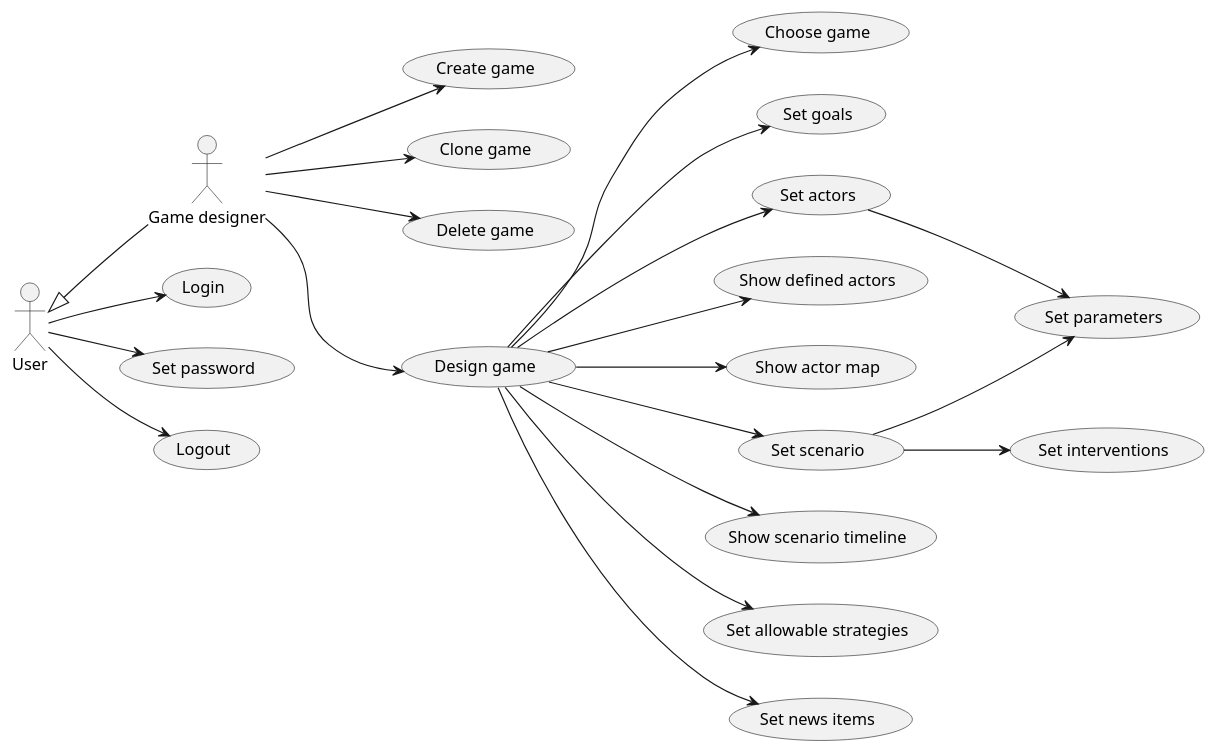
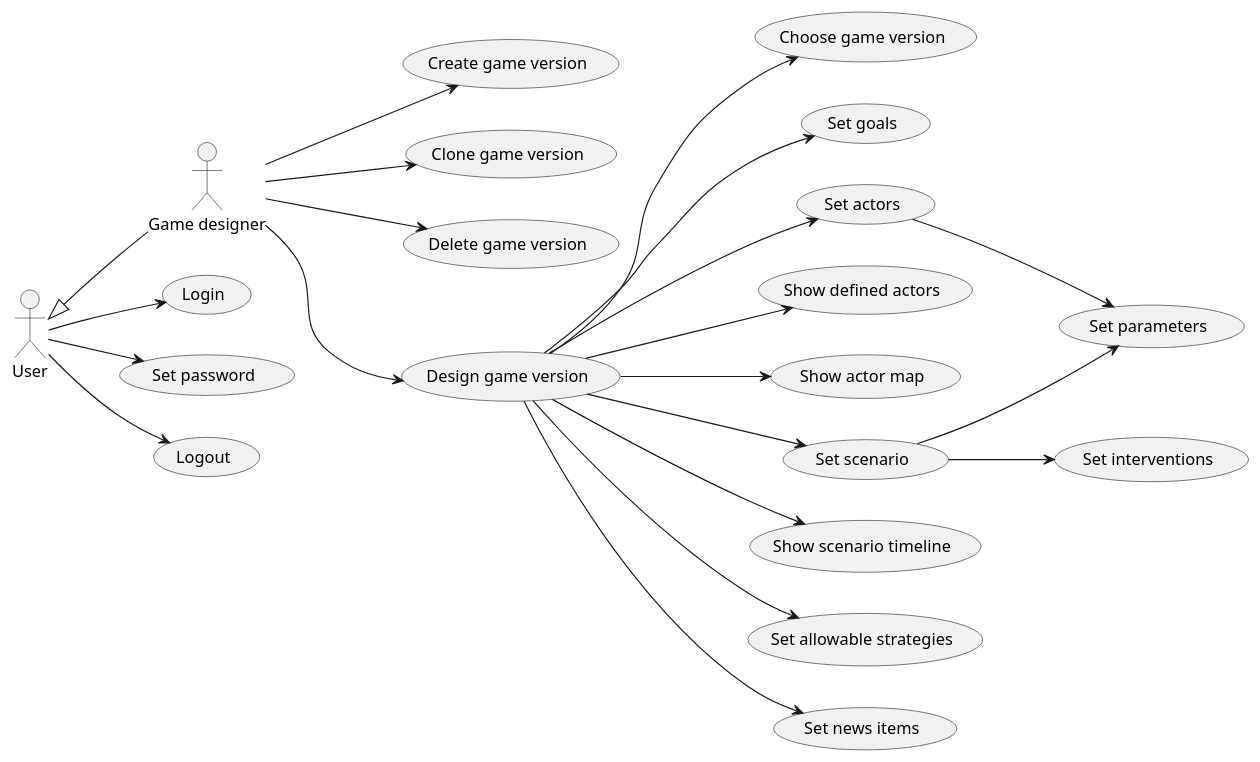
Before and after one commit to averbraeck/gscg-design: the diagram in doc/2-use-cases/diagrams/game-design.puml, drawn with PlantUML.

Commit message:
Issue #21. The game designer works on game versions, not games

```diff
--- a/doc/2-use-cases/diagrams/game-design.puml
+++ b/doc/2-use-cases/diagrams/game-design.puml
@@ -1,30 +1,30 @@
 @startuml
 left to right direction
 
 "Game designer" as GD
 User <|-- GD
 
 User --> (Login)
 User --> (Set password)
 User --> (Logout)
 
-GD --> (Create game)
+GD --> (Create game version)
 
-GD --> (Clone game)
-GD --> (Delete game)
+GD --> (Clone game version)
+GD --> (Delete game version)
 
-GD --> (Design game) : "         \n\n\n\n\n"
-(Design game) --> (Choose game) : "              "
-(Design game) --> (Set goals)
-(Design game) --> (Set actors)
-(Design game) --> (Show defined actors)
-(Design game) --> (Show actor map)
-(Design game) --> (Set scenario)
-(Design game) --> (Show scenario timeline)
-(Design game) --> (Set allowable strategies)
-(Design game) --> (Set news items)
+GD --> (Design game version) : "         \n\n\n\n\n"
+(Design game version) --> (Choose game version) : "              "
+(Design game version) --> (Set goals)
+(Design game version) --> (Set actors)
+(Design game version) --> (Show defined actors)
+(Design game version) --> (Show actor map)
+(Design game version) --> (Set scenario)
+(Design game version) --> (Show scenario timeline)
+(Design game version) --> (Set allowable strategies)
+(Design game version) --> (Set news items)
 (Set scenario) --> (Set parameters)
 (Set scenario) --> (Set interventions)
 (Set actors) --> (Set parameters)
 
 @enduml
```
